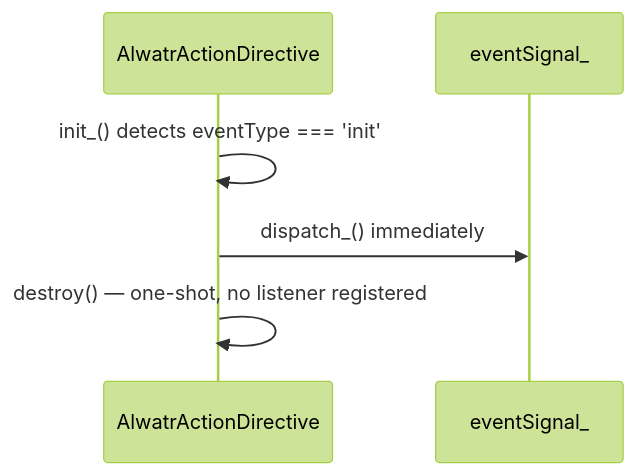
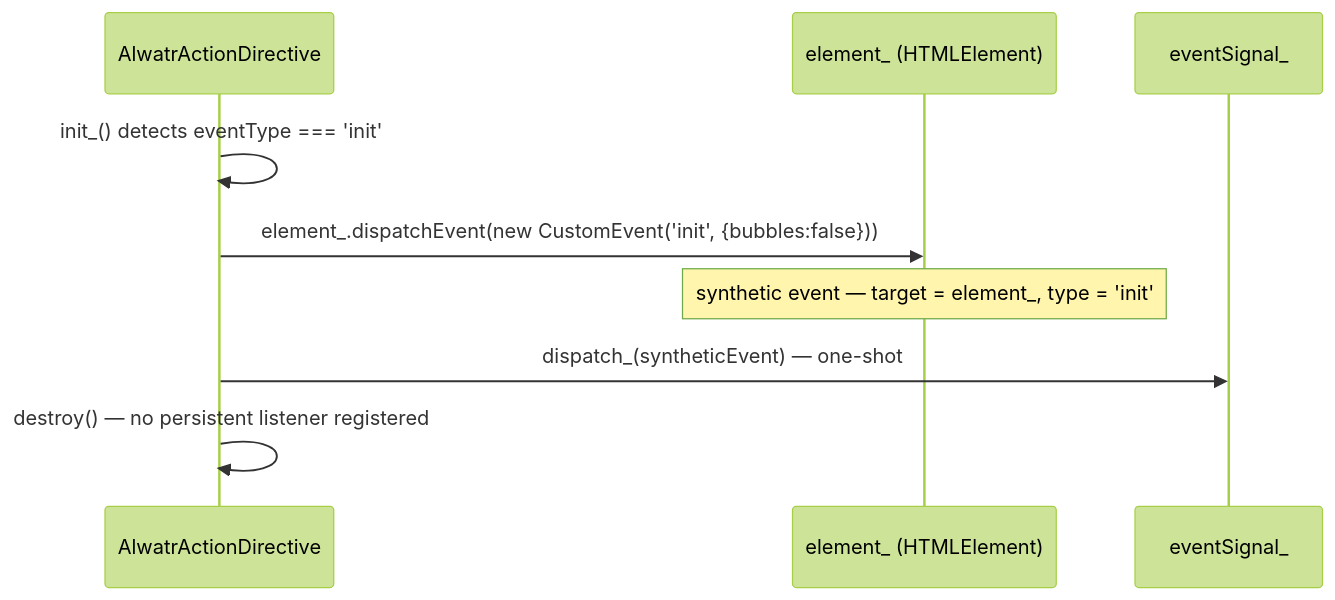
One commit to Alwatr/alwatr changed the second of 2 diagrams in .kiro/specs/alwatr-on/design.md. Above: the diagram before and after it, drawn with Mermaid (forest theme). The commit also changed other lines of this file and 5 other files, not shown here.

````diff
--- a/.kiro/specs/alwatr-on/design.md
+++ b/.kiro/specs/alwatr-on/design.md
@@ -30,9 +30,12 @@
 ```mermaid
 sequenceDiagram
     participant Dir as AlwatrActionDirective
+    participant El as element_ (HTMLElement)
     participant Sig as eventSignal_
 
     Dir->>Dir: init_() detects eventType === 'init'
-    Dir->>Sig: dispatch_() immediately
-    Dir->>Dir: destroy() — one-shot, no listener registered
+    Dir->>El: element_.dispatchEvent(new CustomEvent('init', {bubbles:false}))
+    Note over El: synthetic event — target = element_, type = 'init'
+    Dir->>Sig: dispatch_(syntheticEvent) — one-shot
+    Dir->>Dir: destroy() — no persistent listener registered
 ```
````
